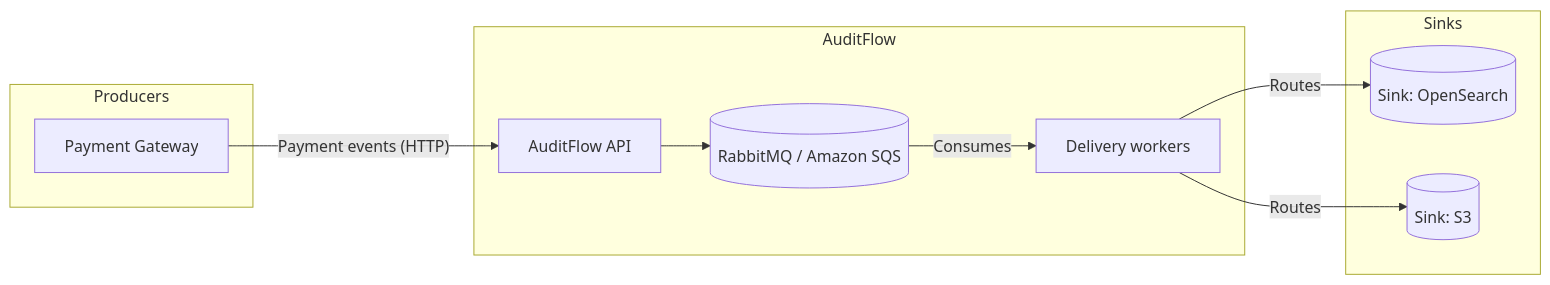
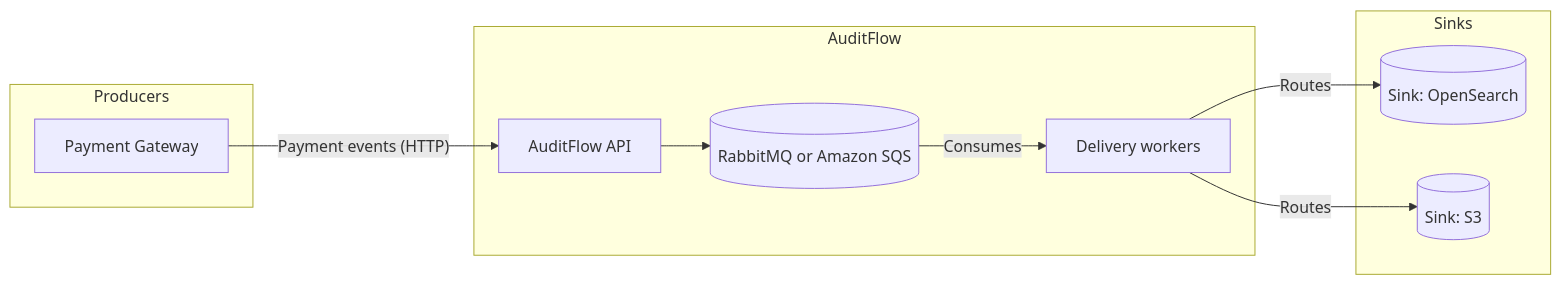
Before and after one commit to Labs64/labs64.io-docs: the second of 5 diagrams in introduction/architecture.md, drawn with Mermaid. The commit also changed other lines of this file and 50 other files, not shown here.

First line of the commit message:
Make the public docs the primary architecture and module reference

````diff
--- a/introduction/architecture.md
+++ b/introduction/architecture.md
@@ -50,23 +108,23 @@
 ```mermaid
 flowchart LR
     subgraph Producers
         PG[Payment Gateway]
     end
-    
+
     subgraph AuditFlow
         API[AuditFlow API]
-        MQ[(RabbitMQ / Amazon SQS)]
+        MQ[("RabbitMQ or Amazon SQS")]
         AF[Delivery workers]
     end
-    
+
     subgraph Sinks
         SINK1[(Sink: OpenSearch)]
         SINK2[(Sink: S3)]
     end
 
     PG -->|"Payment events (HTTP)"| API
     API --> MQ
     MQ -->|"Consumes"| AF
     AF -->|"Routes"| SINK1
     AF -->|"Routes"| SINK2
 ```
````
